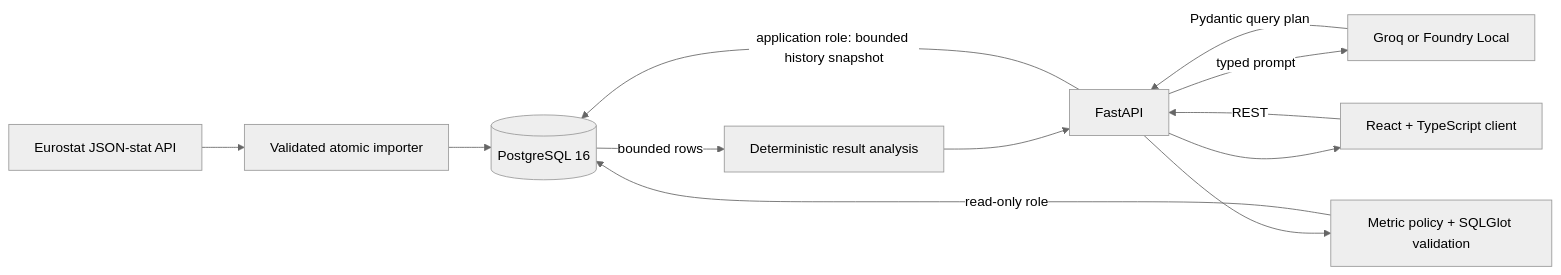
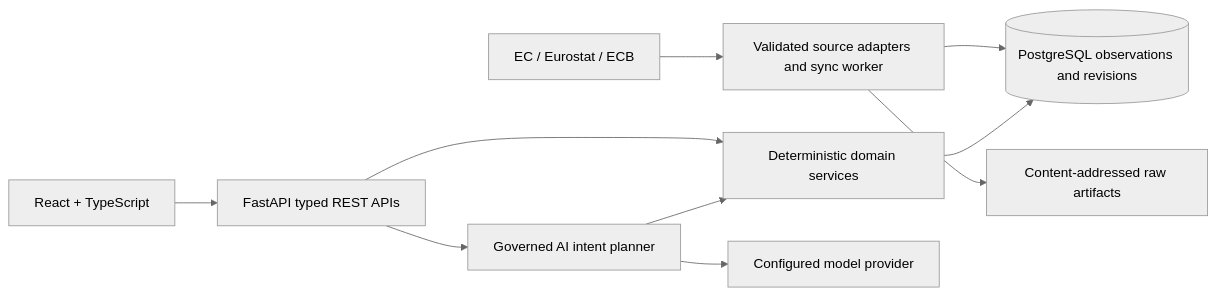
One commit to iayushmahajan/European-Price-Cost-Monitoring-Platform changed the diagram in README.md. Above: the diagram before and after it, drawn with Mermaid (neutral theme). The commit also changed other lines of this file and 70 other files, not shown here.

````diff
--- a/README.md
+++ b/README.md
@@ -56,14 +51,12 @@
 ```mermaid
 flowchart LR
-    E[Eurostat JSON-stat API] --> I[Validated atomic importer]
-    I --> P[(PostgreSQL 16)]
-    U[React + TypeScript client] -->|REST| F[FastAPI]
-    F -->|typed prompt| M[Groq or Foundry Local]
-    M -->|Pydantic query plan| F
-    F --> V[Metric policy + SQLGlot validation]
-    V -->|read-only role| P
-    F -->|application role: bounded history snapshot| P
-    P -->|bounded rows| A[Deterministic result analysis]
-    A --> F
-    F --> U
+    S[EC / Eurostat / ECB] --> I[Validated source adapters and sync worker]
+    I --> R[Content-addressed raw artifacts]
+    I --> D[(PostgreSQL observations and revisions)]
+    U[React + TypeScript] --> A[FastAPI typed REST APIs]
+    A --> B[Deterministic domain services]
+    B --> D
+    A --> P[Governed AI intent planner]
+    P --> L[Configured model provider]
+    P --> B
 ```
````
